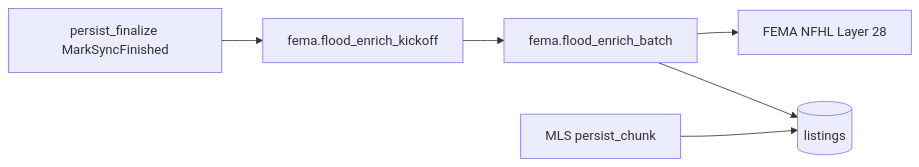
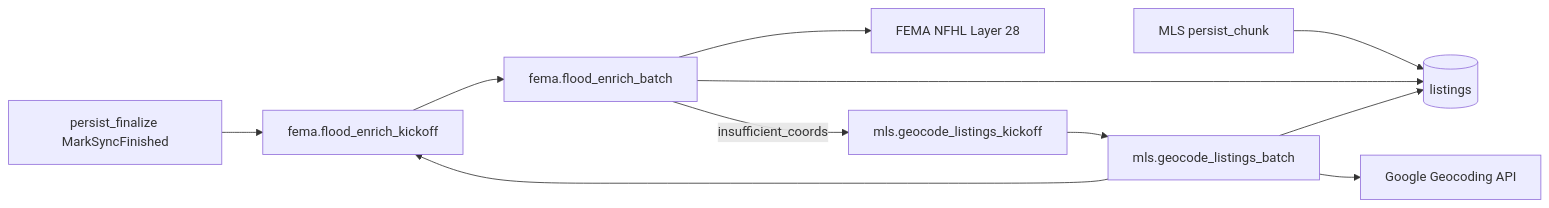
The diagram in docs/fema-flood-enrichment.md (jloescher/geo-idx-api), drawn with Mermaid before and after one commit. The commit also changed other lines of this file and 10 other files, not shown here.

````diff
--- a/docs/fema-flood-enrichment.md
+++ b/docs/fema-flood-enrichment.md
@@ -26,13 +26,19 @@
 ```mermaid
 flowchart LR
   persist[MLS persist_chunk]
   finalize[persist_finalize MarkSyncFinished]
   kickoff[fema.flood_enrich_kickoff]
   batch[fema.flood_enrich_batch]
   nfhl[FEMA NFHL Layer 28]
+  geocodeKick[mls.geocode_listings_kickoff]
+  geocodeBatch[mls.geocode_listings_batch]
+  google[Google Geocoding API]
   listings[(listings)]
   persist --> listings
   finalize --> kickoff --> batch
   batch --> nfhl
   batch --> listings
+  batch -->|"insufficient_coords"| geocodeKick --> geocodeBatch --> google
+  geocodeBatch --> listings
+  geocodeBatch --> kickoff
 ```
````
